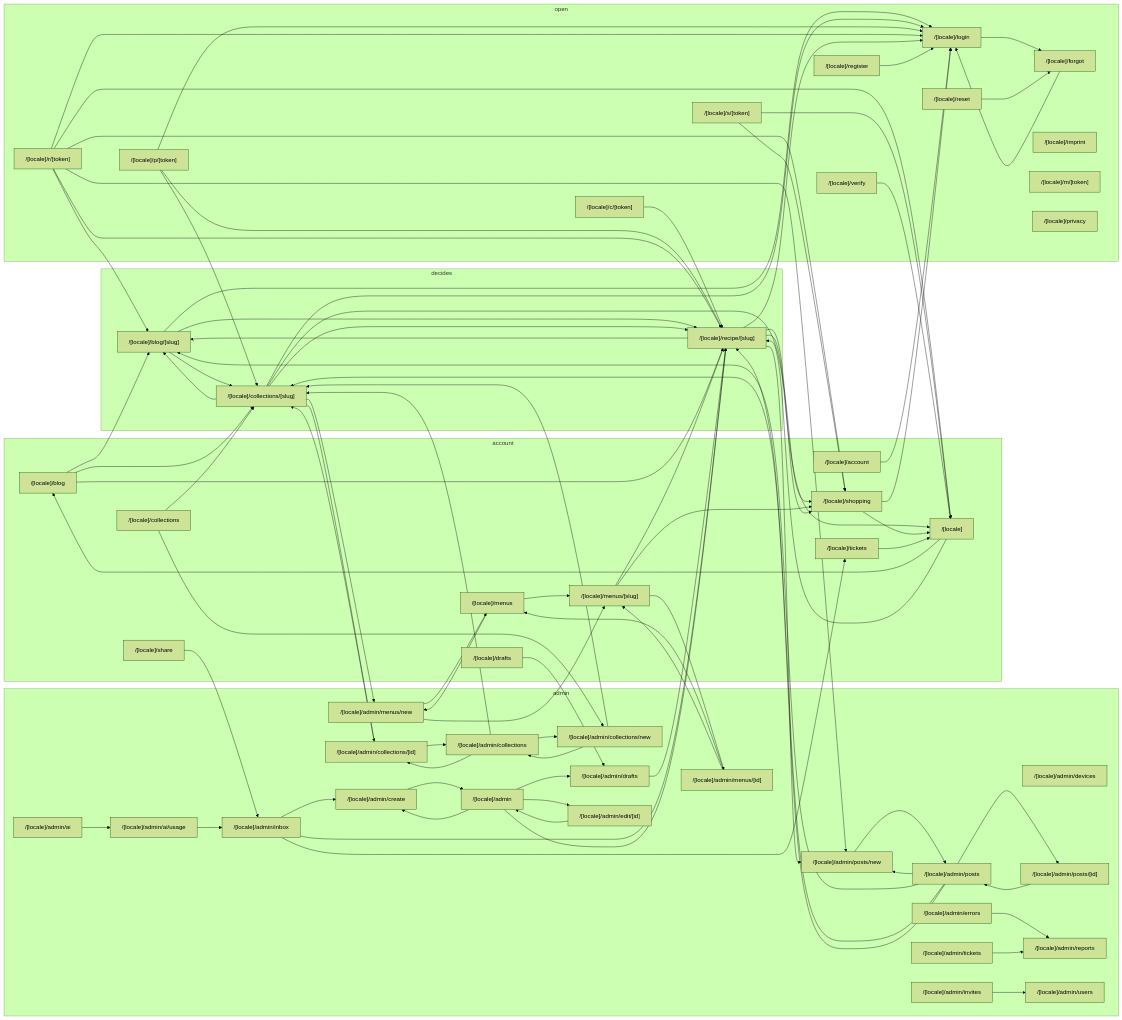
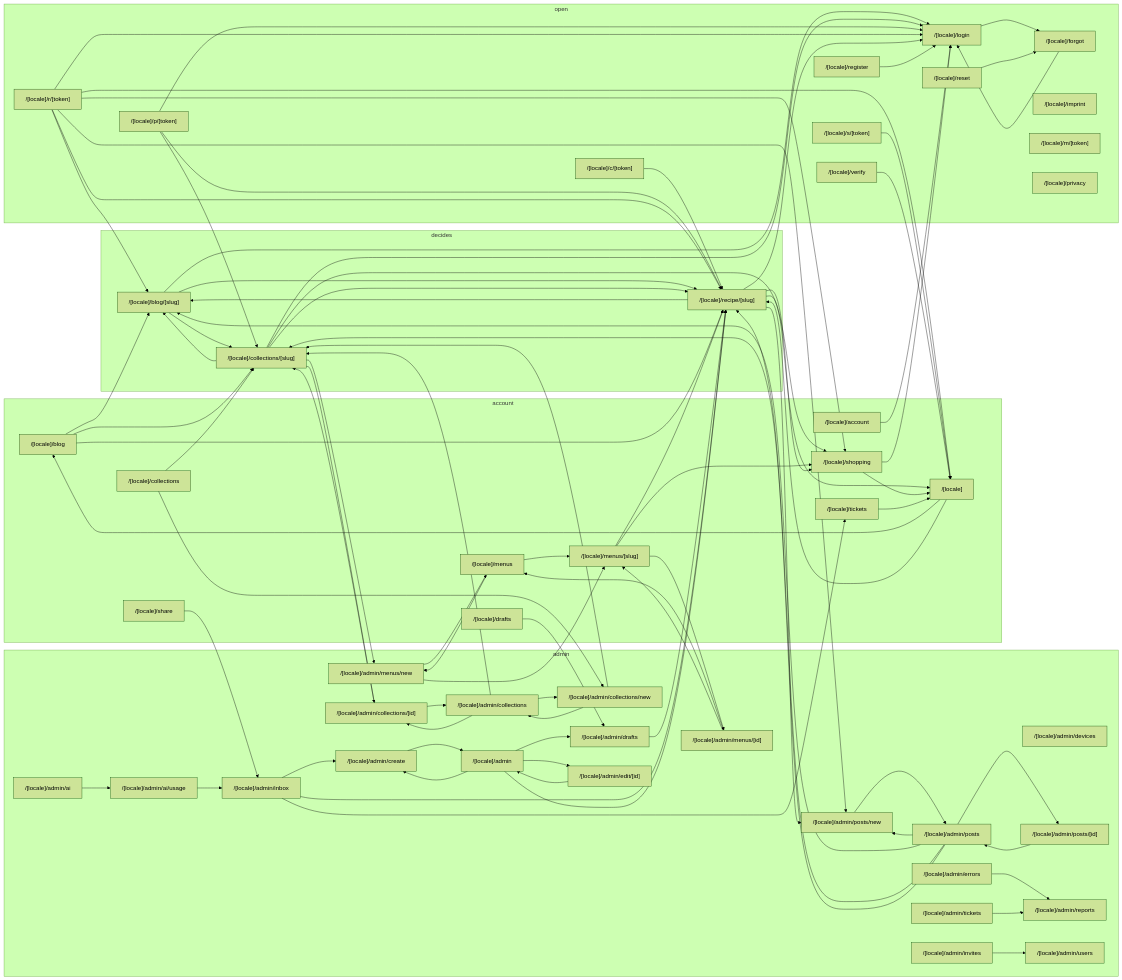
Before and after one commit to morischumacher/moscookbook: the first of 2 diagrams in docs/interaction-map.generated.md, drawn with Mermaid (forest theme). The commit also changed other lines of this file and 18 other files, not shown here.

```diff
--- a/docs/interaction-map.generated.md
+++ b/docs/interaction-map.generated.md
@@ -334,7 +335,6 @@
   n__locale__register --> n__locale__login
   n__locale__reset --> n__locale__forgot
   n__locale__s__token_ --> n__locale_
-  n__locale__s__token_ --> n__locale__shopping
   n__locale__share --> n__locale__admin_inbox
   n__locale__shopping --> n__locale_
   n__locale__shopping --> n__locale__login
```
